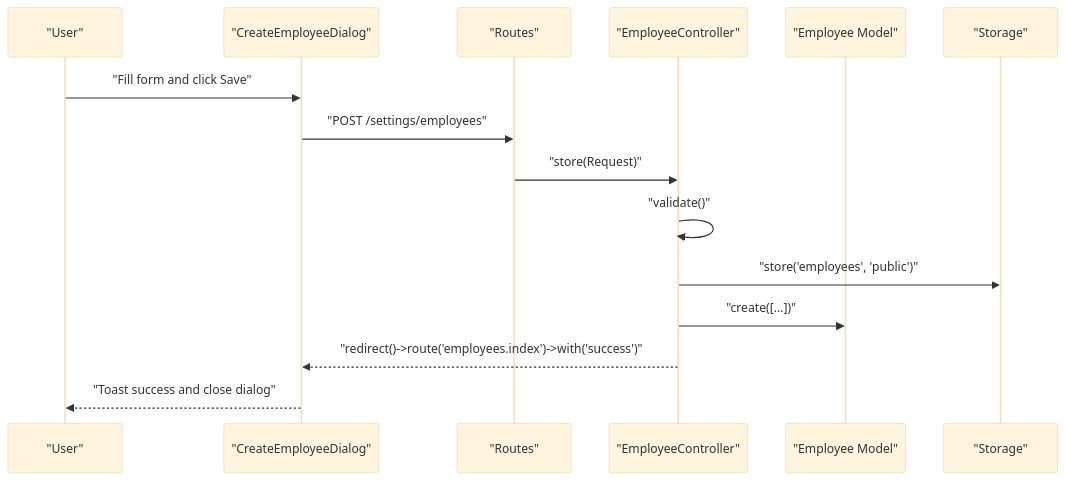
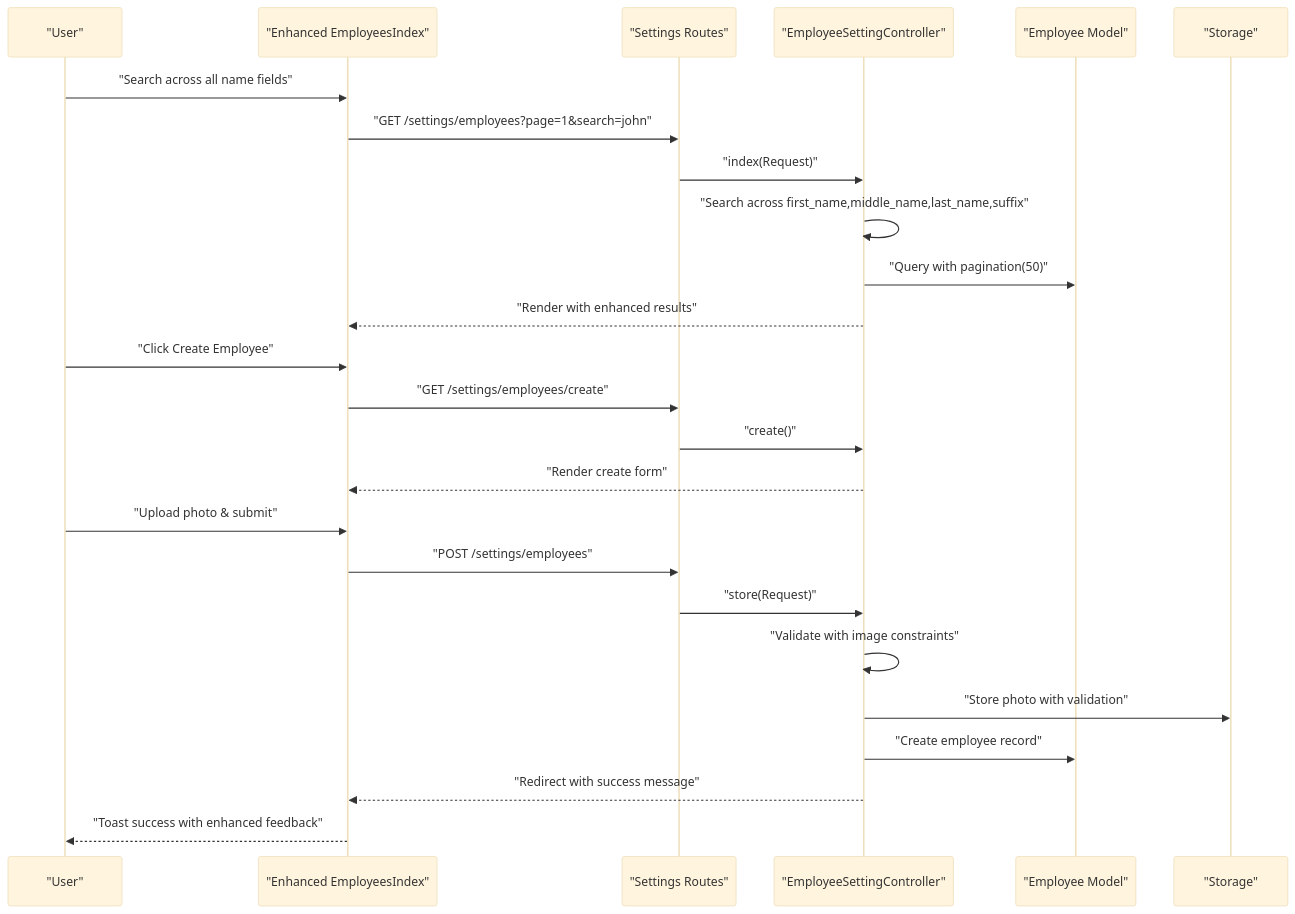
Before and after one commit to vincet0t15/template: the second of 8 diagrams in .qoder/repowiki/en/content/Employee Management/Employee CRUD Operations.md, drawn with Mermaid (base theme). The commit also changed other lines of this file and 7 other files, not shown here.

````diff
--- a/.qoder/repowiki/en/content/Employee Management/Employee CRUD Operations.md
+++ b/.qoder/repowiki/en/content/Employee Management/Employee CRUD Operations.md
@@ -103,17 +127,27 @@
 ```mermaid
 sequenceDiagram
 participant U as "User"
-participant FE as "CreateEmployeeDialog"
-participant RT as "Routes"
-participant CT as "EmployeeController"
+participant FE as "Enhanced EmployeesIndex"
+participant RT as "Settings Routes"
+participant CT as "EmployeeSettingController"
 participant MD as "Employee Model"
 participant ST as "Storage"
-U->>FE : "Fill form and click Save"
+U->>FE : "Search across all name fields"
+FE->>RT : "GET /settings/employees?page=1&search=john"
+RT->>CT : "index(Request)"
+CT->>CT : "Search across first_name,middle_name,last_name,suffix"
+CT->>MD : "Query with pagination(50)"
+CT-->>FE : "Render with enhanced results"
+U->>FE : "Click Create Employee"
+FE->>RT : "GET /settings/employees/create"
+RT->>CT : "create()"
+CT-->>FE : "Render create form"
+U->>FE : "Upload photo & submit"
 FE->>RT : "POST /settings/employees"
 RT->>CT : "store(Request)"
-CT->>CT : "validate()"
-CT->>ST : "store('employees', 'public')"
-CT->>MD : "create([...])"
-CT-->>FE : "redirect()->route('employees.index')->with('success')"
-FE-->>U : "Toast success and close dialog"
+CT->>CT : "Validate with image constraints"
+CT->>ST : "Store photo with validation"
+CT->>MD : "Create employee record"
+CT-->>FE : "Redirect with success message"
+FE-->>U : "Toast success with enhanced feedback"
 ```
````
